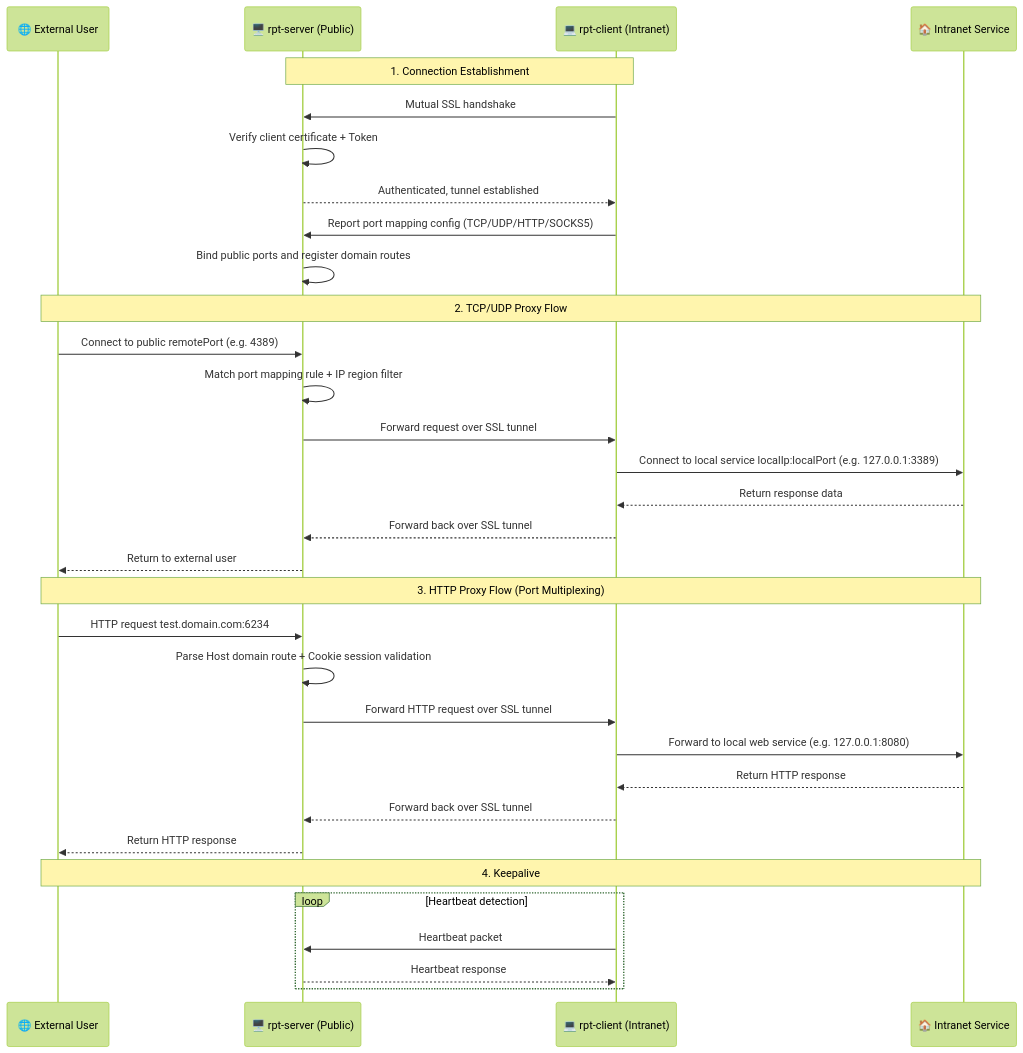
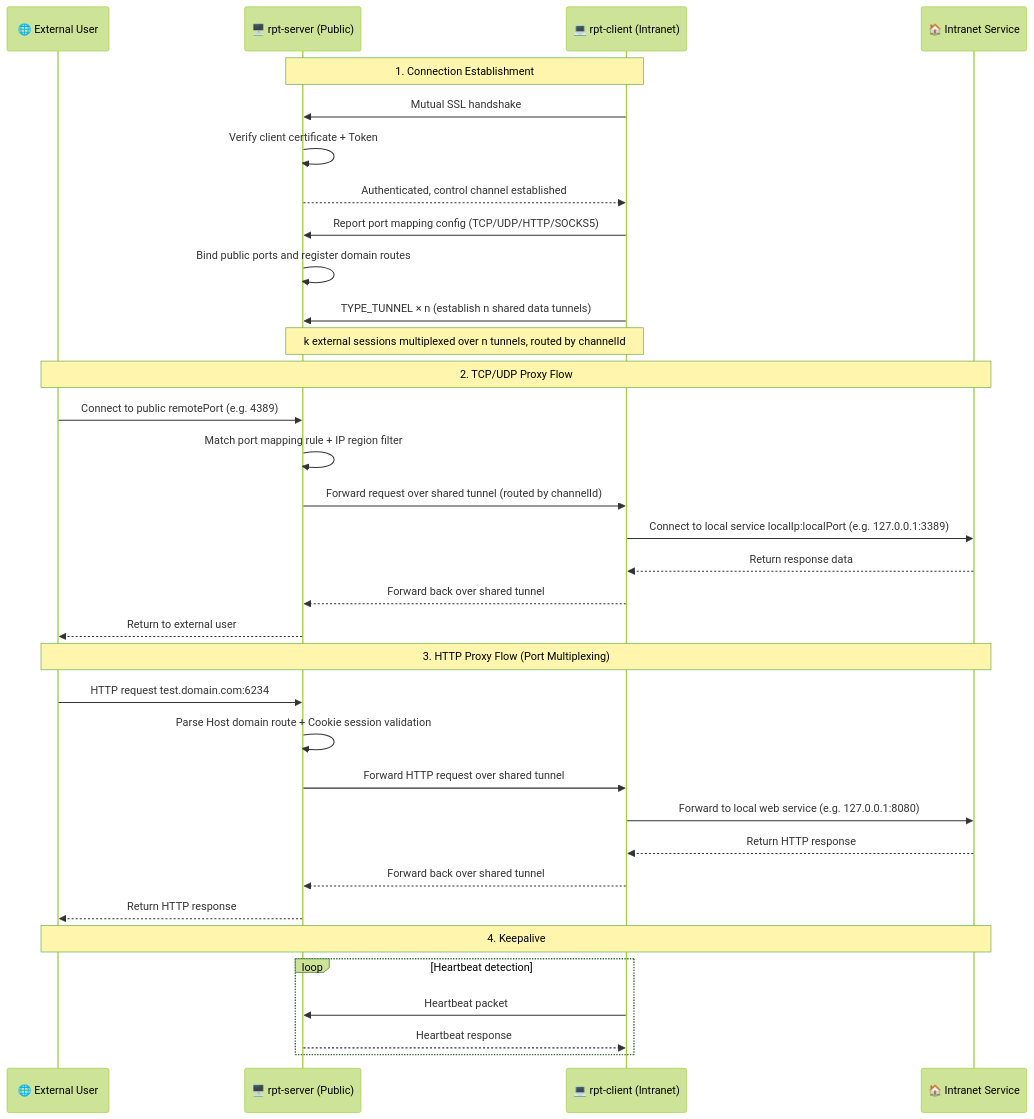
Before and after one commit to iamlinhui/rpt: the diagram in README_EN.md, drawn with Mermaid (forest theme). The commit also changed other lines of this file and 32 other files, not shown here.

````diff
--- a/README_EN.md
+++ b/README_EN.md
@@ -49,38 +49,40 @@
 ```mermaid
 sequenceDiagram
     participant U as 🌐 External User
     participant S as 🖥️ rpt-server (Public)
     participant C as 💻 rpt-client (Intranet)
     participant L as 🏠 Intranet Service
 
     Note over C,S: 1. Connection Establishment
     C->>S: Mutual SSL handshake
     S->>S: Verify client certificate + Token
-    S-->>C: Authenticated, tunnel established
+    S-->>C: Authenticated, control channel established
     C->>S: Report port mapping config (TCP/UDP/HTTP/SOCKS5)
     S->>S: Bind public ports and register domain routes
+    C->>S: TYPE_TUNNEL × n (establish n shared data tunnels)
+    Note over C,S: k external sessions multiplexed over n tunnels, routed by channelId
 
     Note over U,L: 2. TCP/UDP Proxy Flow
     U->>S: Connect to public remotePort (e.g. 4389)
     S->>S: Match port mapping rule + IP region filter
-    S->>C: Forward request over SSL tunnel
+    S->>C: Forward request over shared tunnel (routed by channelId)
     C->>L: Connect to local service localIp:localPort (e.g. 127.0.0.1:3389)
     L-->>C: Return response data
-    C-->>S: Forward back over SSL tunnel
+    C-->>S: Forward back over shared tunnel
     S-->>U: Return to external user
 
     Note over U,L: 3. HTTP Proxy Flow (Port Multiplexing)
     U->>S: HTTP request test.domain.com:6234
     S->>S: Parse Host domain route + Cookie session validation
-    S->>C: Forward HTTP request over SSL tunnel
+    S->>C: Forward HTTP request over shared tunnel
     C->>L: Forward to local web service (e.g. 127.0.0.1:8080)
     L-->>C: Return HTTP response
-    C-->>S: Forward back over SSL tunnel
+    C-->>S: Forward back over shared tunnel
     S-->>U: Return HTTP response
 
     Note over U,L: 4. Keepalive
     loop Heartbeat detection
         C->>S: Heartbeat packet
         S-->>C: Heartbeat response
     end
 ```
````
